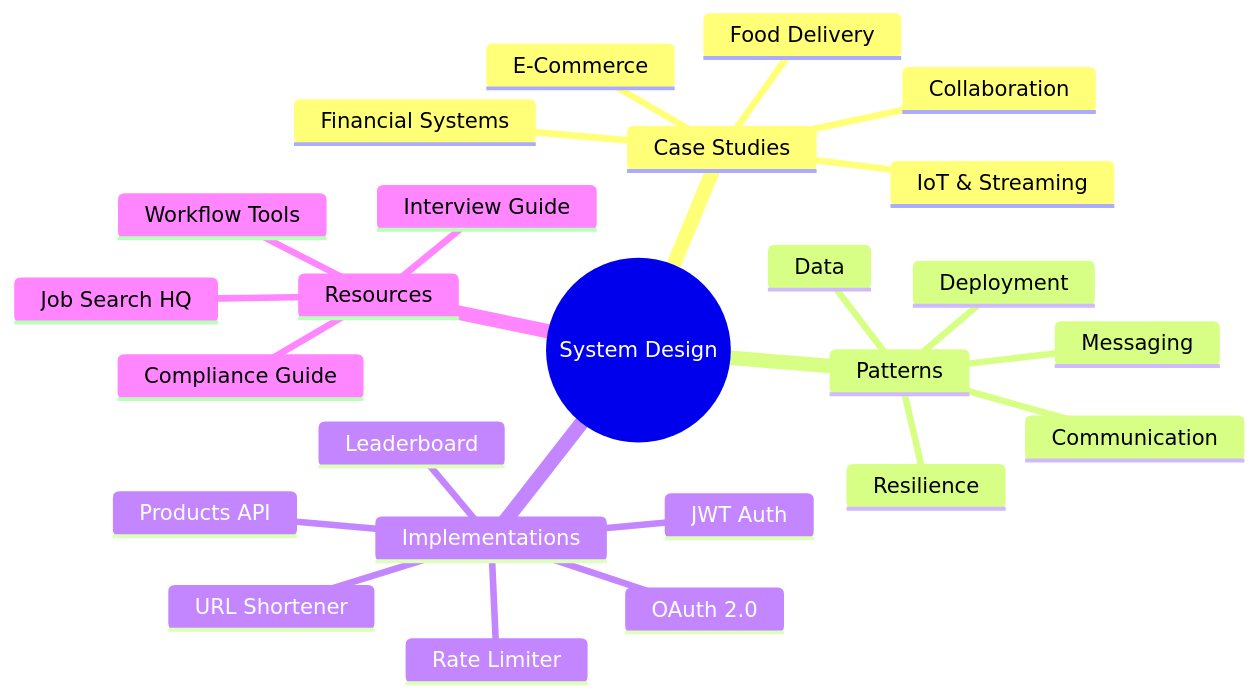
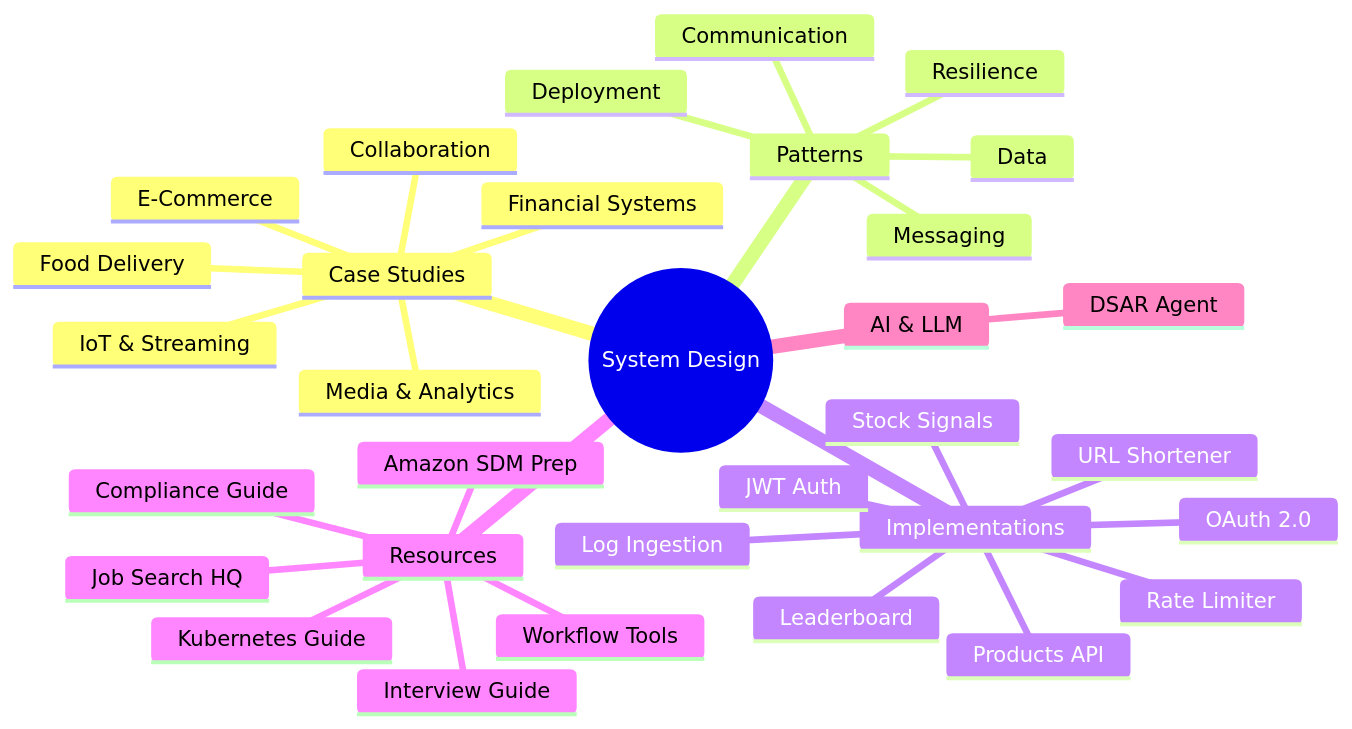
One commit to bindian0509/system-design changed the first of 6 diagrams in README.md. Above: the diagram before and after it, drawn with Mermaid. The commit also changed other lines of this file, not shown here.

````diff
--- a/README.md
+++ b/README.md
@@ -9,28 +9,35 @@
 ```mermaid
 mindmap
   root((System Design))
     Case Studies
       Financial Systems
       E-Commerce
       Food Delivery
       IoT & Streaming
       Collaboration
+      Media & Analytics
     Patterns
       Communication
       Resilience
       Data
       Messaging
       Deployment
     Implementations
       URL Shortener
       Rate Limiter
       Leaderboard
       OAuth 2.0
       JWT Auth
       Products API
+      Log Ingestion
+      Stock Signals
     Resources
       Interview Guide
       Compliance Guide
       Job Search HQ
+      Kubernetes Guide
+      Amazon SDM Prep
       Workflow Tools
+    AI & LLM
+      DSAR Agent
 ```
````
